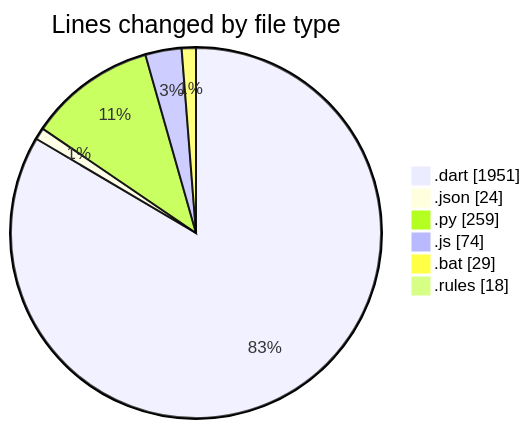
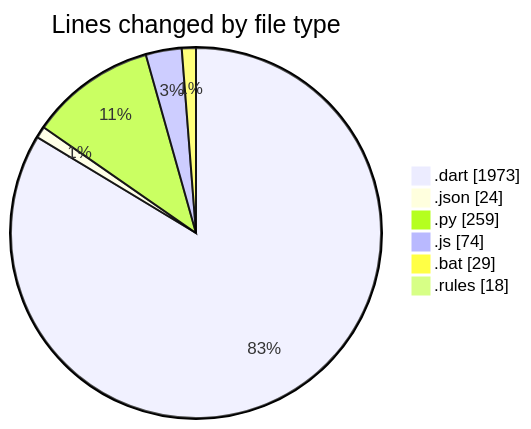
The first of 2 diagrams in 2025-08-04/studybuddy/README.md (lephambinh05/code-tracking), drawn with Mermaid before and after one commit. The commit also changed other lines of this file and 1 other file, not shown here.

````diff
--- a/2025-08-04/studybuddy/README.md
+++ b/2025-08-04/studybuddy/README.md
@@ -43,10 +43,10 @@
 ```mermaid
 pie showData
 title Lines changed by file type
-".dart" : 1951
+".dart" : 1973
 ".json" : 24
 ".py" : 259
 ".js" : 74
 ".bat" : 29
 ".rules" : 18
 ```
````
